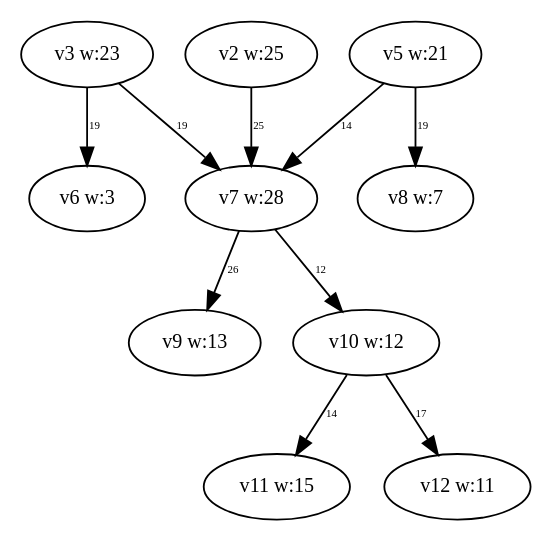
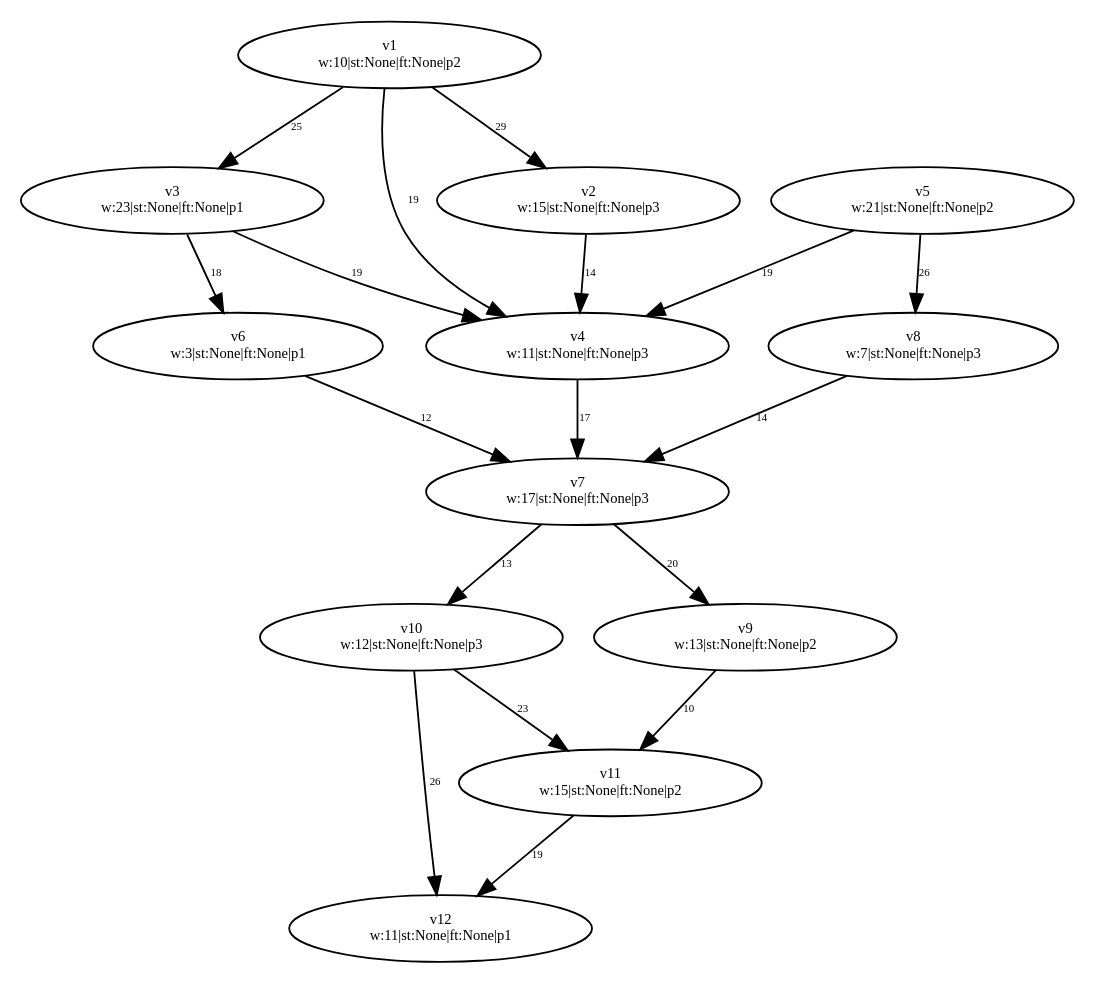
One commit to dexters1/Task-Scheduling-Based-on-Genetic-Algorithms changed the diagram in PythonApplication1/PythonApplication1/test-output/slika_6_Simplified.gv. Above: the diagram before and after it, drawn with Graphviz. The commit also changed 51 other files, not shown here.

```diff
--- a/PythonApplication1/PythonApplication1/test-output/slika_6_Simplified.gv
+++ b/PythonApplication1/PythonApplication1/test-output/slika_6_Simplified.gv
@@ -1,21 +1,43 @@
 digraph {
-	v2 [label="v2 w:25" fontsize=11.0]
-	v3 [label="v3 w:23" fontsize=11.0]
-	v5 [label="v5 w:21" fontsize=11.0]
-	v6 [label="v6 w:3" fontsize=11.0]
-	v7 [label="v7 w:28" fontsize=11.0]
-	v8 [label="v8 w:7" fontsize=11.0]
-	v9 [label="v9 w:13" fontsize=11.0]
-	v10 [label="v10 w:12" fontsize=11.0]
-	v11 [label="v11 w:15" fontsize=11.0]
-	v12 [label="v12 w:11" fontsize=11.0]
-	v3 -> v6 [label=19 constraint=true fontsize=6.0]
-	v5 -> v8 [label=19 constraint=true fontsize=6.0]
-	v7 -> v9 [label=26 constraint=true fontsize=6.0]
-	v7 -> v10 [label=12 constraint=true fontsize=6.0]
-	v10 -> v11 [label=14 constraint=true fontsize=6.0]
-	v10 -> v12 [label=17 constraint=true fontsize=6.0]
-	v2 -> v7 [label=25 constraint=true fontsize=6.0]
-	v3 -> v7 [label=19 constraint=true fontsize=6.0]
-	v5 -> v7 [label=14 constraint=true fontsize=6.0]
+	v1 [label="v1
+w:10|st:None|ft:None|p2" fontsize=8.0]
+	v2 [label="v2
+w:15|st:None|ft:None|p3" fontsize=8.0]
+	v3 [label="v3
+w:23|st:None|ft:None|p1" fontsize=8.0]
+	v4 [label="v4
+w:11|st:None|ft:None|p3" fontsize=8.0]
+	v5 [label="v5
+w:21|st:None|ft:None|p2" fontsize=8.0]
+	v6 [label="v6
+w:3|st:None|ft:None|p1" fontsize=8.0]
+	v7 [label="v7
+w:17|st:None|ft:None|p3" fontsize=8.0]
+	v8 [label="v8
+w:7|st:None|ft:None|p3" fontsize=8.0]
+	v9 [label="v9
+w:13|st:None|ft:None|p2" fontsize=8.0]
+	v10 [label="v10
+w:12|st:None|ft:None|p3" fontsize=8.0]
+	v11 [label="v11
+w:15|st:None|ft:None|p2" fontsize=8.0]
+	v12 [label="v12
+w:11|st:None|ft:None|p1" fontsize=8.0]
+	v1 -> v2 [label=29 constraint=true fontsize=6.0]
+	v1 -> v3 [label=25 constraint=true fontsize=6.0]
+	v1 -> v4 [label=19 constraint=true fontsize=6.0]
+	v2 -> v4 [label=14 constraint=true fontsize=6.0]
+	v3 -> v4 [label=19 constraint=true fontsize=6.0]
+	v5 -> v4 [label=19 constraint=true fontsize=6.0]
+	v3 -> v6 [label=18 constraint=true fontsize=6.0]
+	v5 -> v8 [label=26 constraint=true fontsize=6.0]
+	v6 -> v7 [label=12 constraint=true fontsize=6.0]
+	v8 -> v7 [label=14 constraint=true fontsize=6.0]
+	v4 -> v7 [label=17 constraint=true fontsize=6.0]
+	v7 -> v9 [label=20 constraint=true fontsize=6.0]
+	v7 -> v10 [label=13 constraint=true fontsize=6.0]
+	v9 -> v11 [label=10 constraint=true fontsize=6.0]
+	v10 -> v11 [label=23 constraint=true fontsize=6.0]
+	v10 -> v12 [label=26 constraint=true fontsize=6.0]
+	v11 -> v12 [label=19 constraint=true fontsize=6.0]
 }
```
